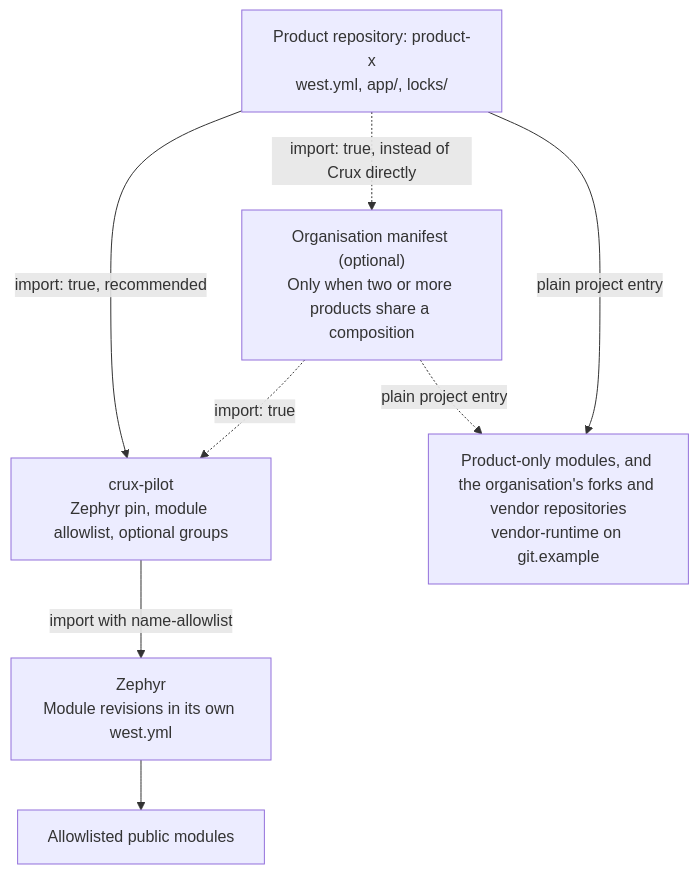
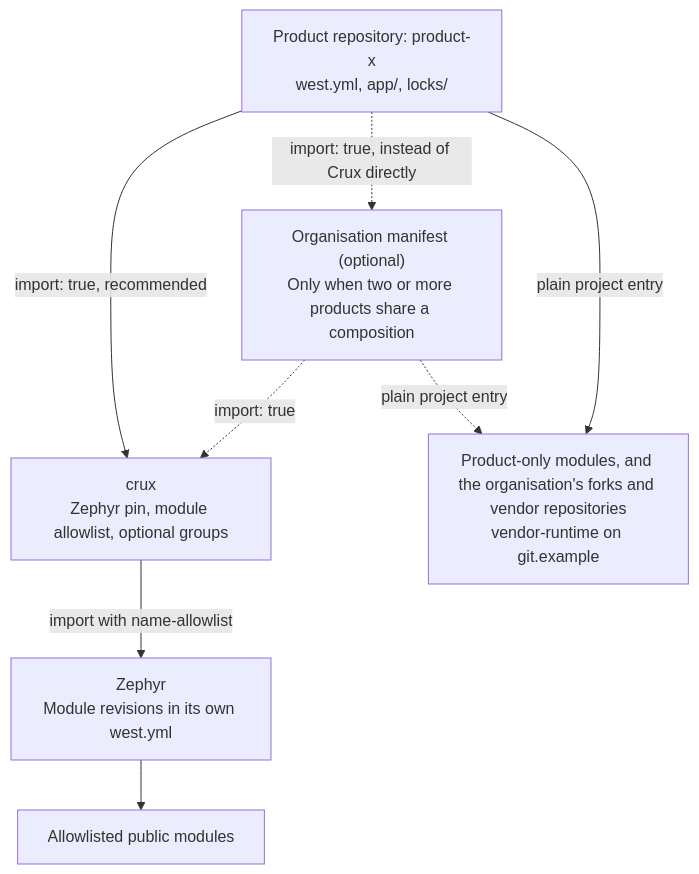
One commit to wonny-labs/crux changed the first of 4 diagrams in docs/product-composition.md. Above: the diagram before and after it, drawn with Mermaid. The commit also changed other lines of this file and 215 other files, not shown here.

First line of the commit message:
chore: rename crux-pilot to crux in the repository

````diff
--- a/docs/product-composition.md
+++ b/docs/product-composition.md
@@ -27,16 +27,16 @@
 ```mermaid
 flowchart TB
     P["Product repository: product-x<br/>west.yml, app/, locks/"]
     O["Organisation manifest (optional)<br/>Only when two or more products share a composition"]
-    C["crux-pilot<br/>Zephyr pin, module allowlist, optional groups"]
+    C["crux<br/>Zephyr pin, module allowlist, optional groups"]
     Z["Zephyr<br/>Module revisions in its own west.yml"]
     M["Allowlisted public modules"]
     V["Product-only modules, and the organisation's forks and vendor repositories<br/>vendor-runtime on git.example"]
     P -->|"import: true, recommended"| C
     P -.->|"import: true, instead of Crux directly"| O
     O -.->|"import: true"| C
     C -->|"import with name-allowlist"| Z
     Z --> M
     P -->|"plain project entry"| V
     O -.->|"plain project entry"| V
 ```
````
